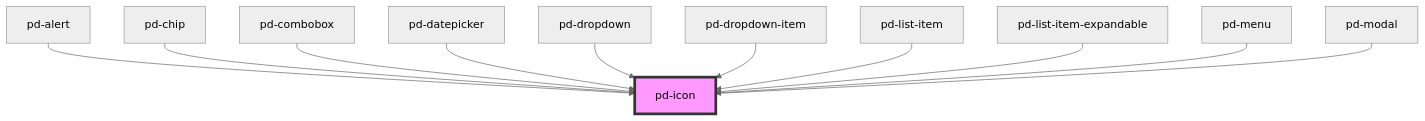
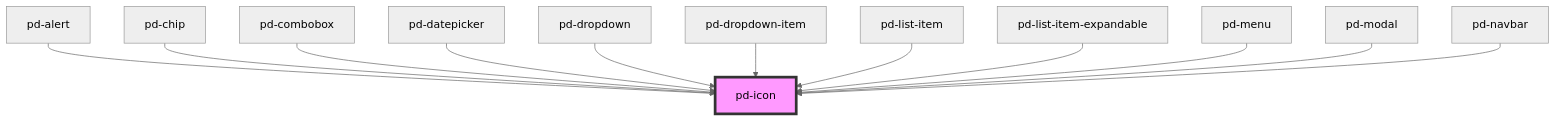
The diagram in packages/core/src/components/pd-icon/readme.md (Lambda-IT/parlamentsdienste-components), drawn with Mermaid (neutral theme) before and after one commit. The commit also changed other lines of this file and 19 other files, not shown here.

````diff
--- a/packages/core/src/components/pd-icon/readme.md
+++ b/packages/core/src/components/pd-icon/readme.md
@@ -88,14 +89,15 @@
 ```mermaid
 graph TD;
   pd-alert --> pd-icon
   pd-chip --> pd-icon
   pd-combobox --> pd-icon
   pd-datepicker --> pd-icon
   pd-dropdown --> pd-icon
   pd-dropdown-item --> pd-icon
   pd-list-item --> pd-icon
   pd-list-item-expandable --> pd-icon
   pd-menu --> pd-icon
   pd-modal --> pd-icon
+  pd-navbar --> pd-icon
   style pd-icon fill:#f9f,stroke:#333,stroke-width:4px
 ```
````
